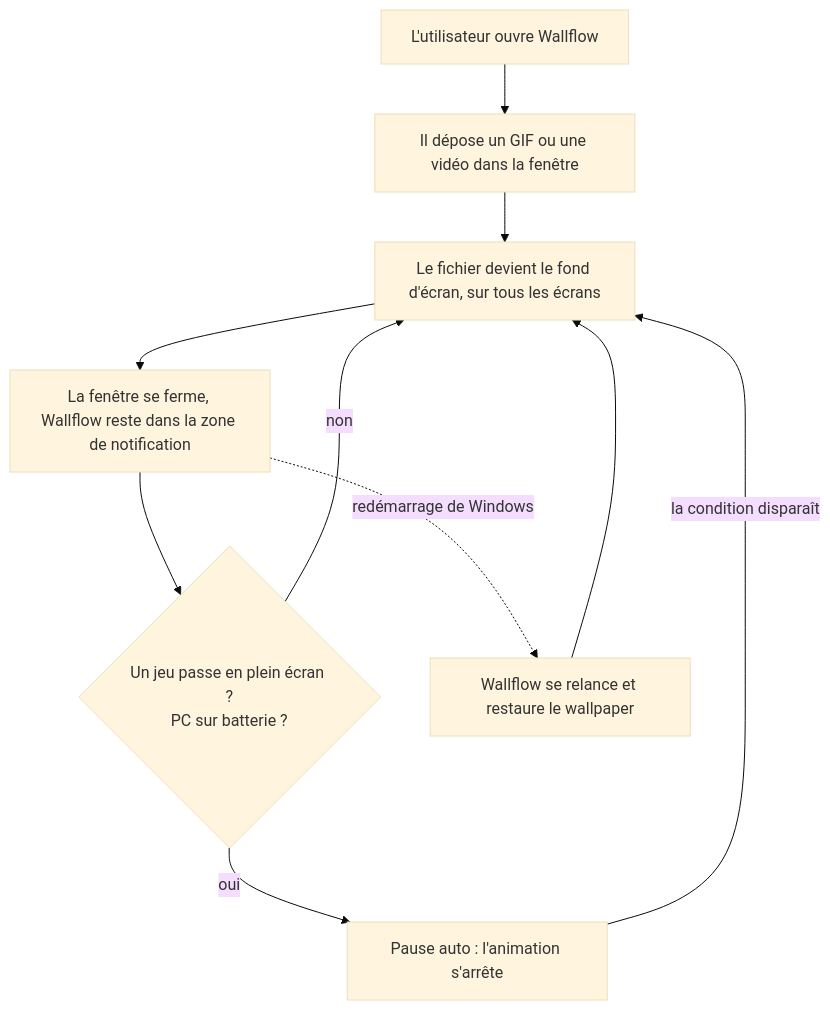
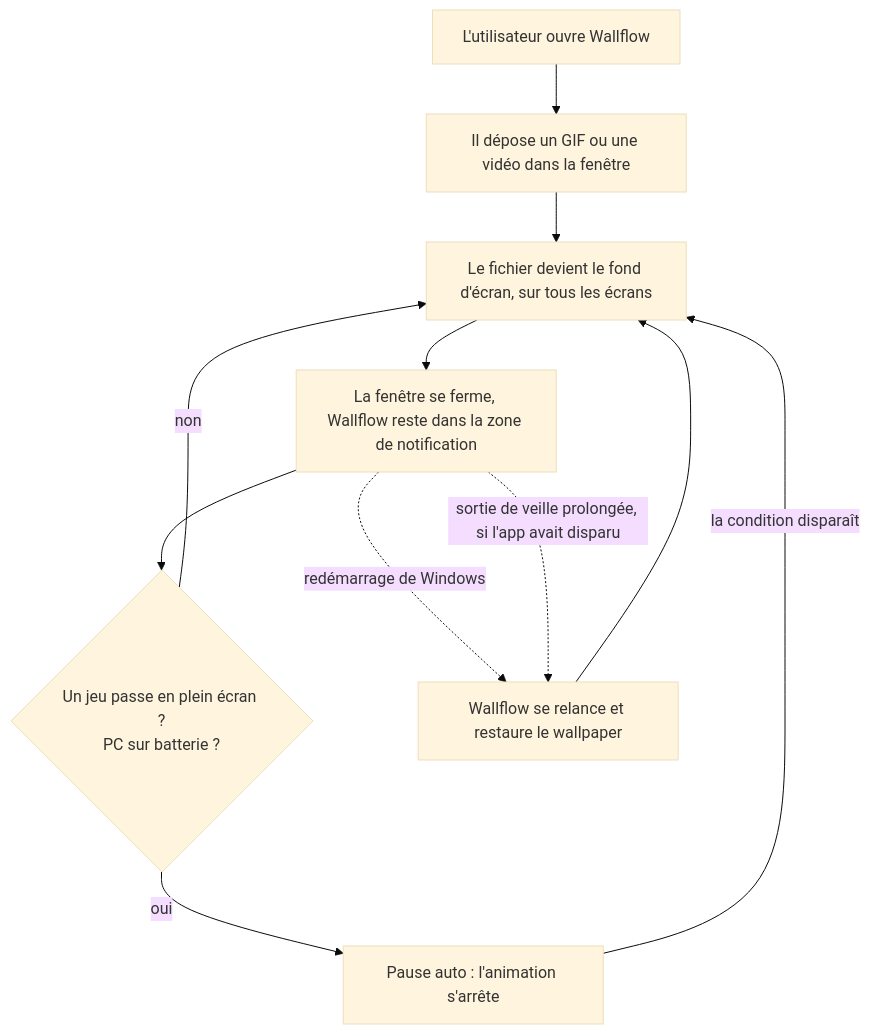
The second of 4 diagrams in docs/VUE-PRODUIT.md (KevinT78/wallflow), drawn with Mermaid (base theme) before and after one commit. The commit also changed other lines of this file and 2 other files, not shown here.

First line of the commit message:
docs: sync CONTEXT/VUE-PRODUIT/ARCHITECTURE (relance au reveil, fiabilite)

````diff
--- a/docs/VUE-PRODUIT.md
+++ b/docs/VUE-PRODUIT.md
@@ -65,12 +66,13 @@
 ```mermaid
 flowchart TD
     A[L'utilisateur ouvre Wallflow] --> B[Il dépose un GIF ou une vidéo dans la fenêtre]
     B --> C[Le fichier devient le fond d'écran, sur tous les écrans]
     C --> D[La fenêtre se ferme, Wallflow reste dans la zone de notification]
     D --> E{"Un jeu passe en plein écran ?<br/>PC sur batterie ?"}
     E -->|oui| F[Pause auto : l'animation s'arrête]
     F -->|la condition disparaît| C
     E -->|non| C
     D -.->|redémarrage de Windows| G[Wallflow se relance et restaure le wallpaper]
+    D -.->|sortie de veille prolongée, si l'app avait disparu| G
     G --> C
 ```
````
